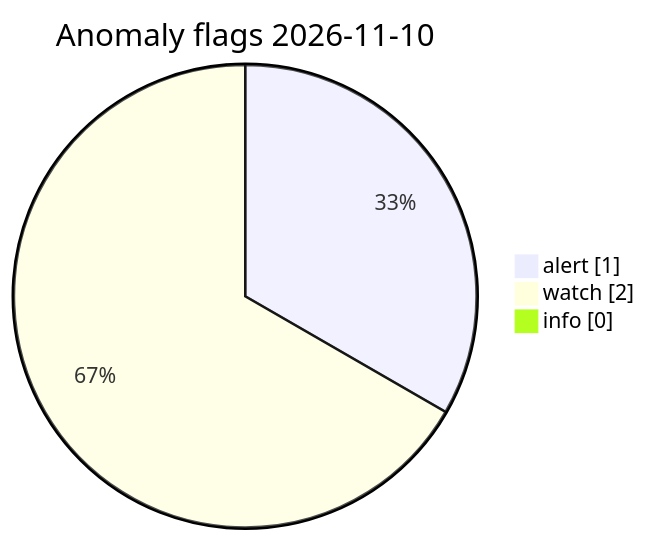
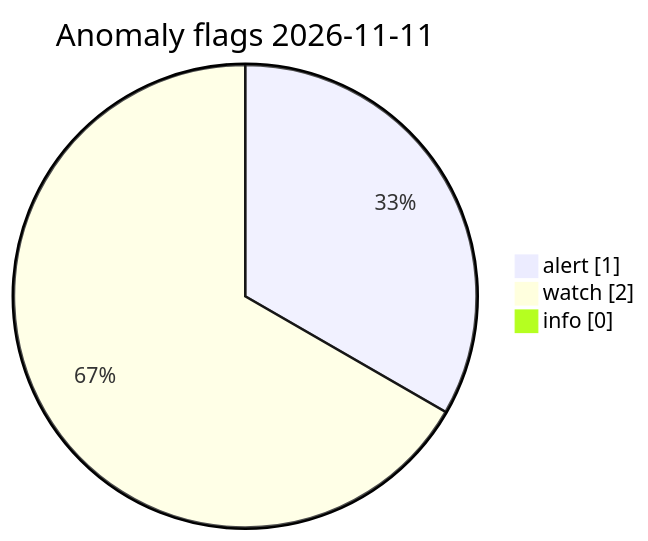
Before and after one commit to Midwest-Stratospheric/Unified-Open-Global-Weather: the diagram in visuals/latest/CHARTS.md, drawn with Mermaid. The commit also changed other lines of this file and 23 other files, not shown here.

Commit message:
data(visuals): automated charts 2026-11-11T12:18Z

````diff
--- a/visuals/latest/CHARTS.md
+++ b/visuals/latest/CHARTS.md
@@ -73,7 +73,7 @@
 ```mermaid
 pie showData
-  title Anomaly flags 2026-11-10
+  title Anomaly flags 2026-11-11
   "alert" : 1
   "watch" : 2
   "info" : 0
 ```
````
